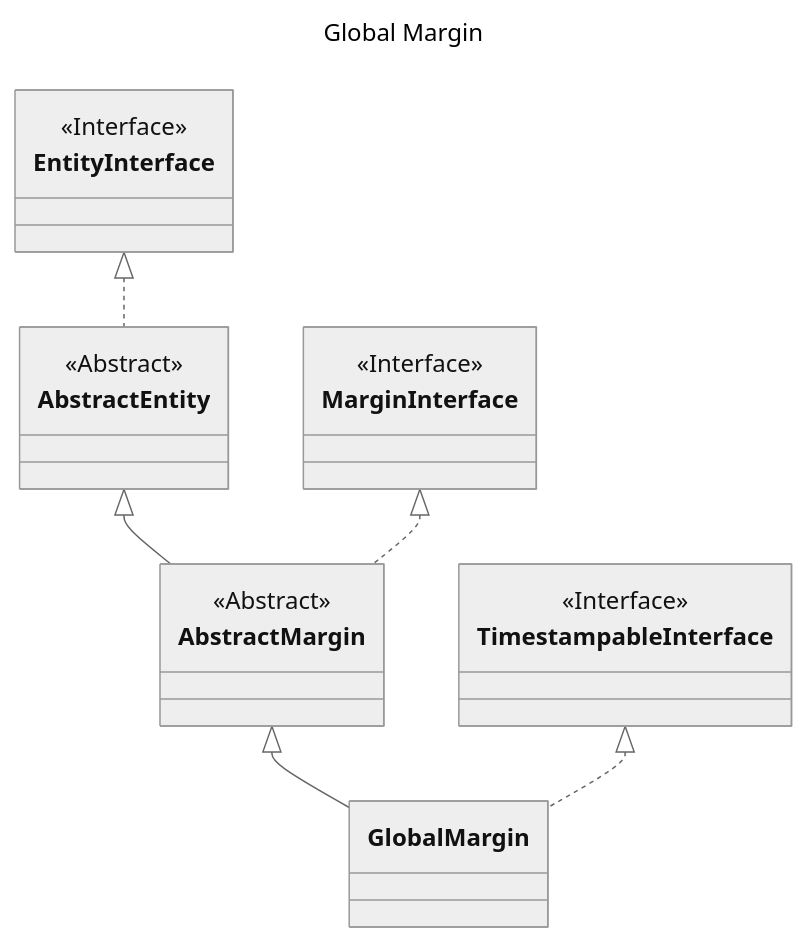
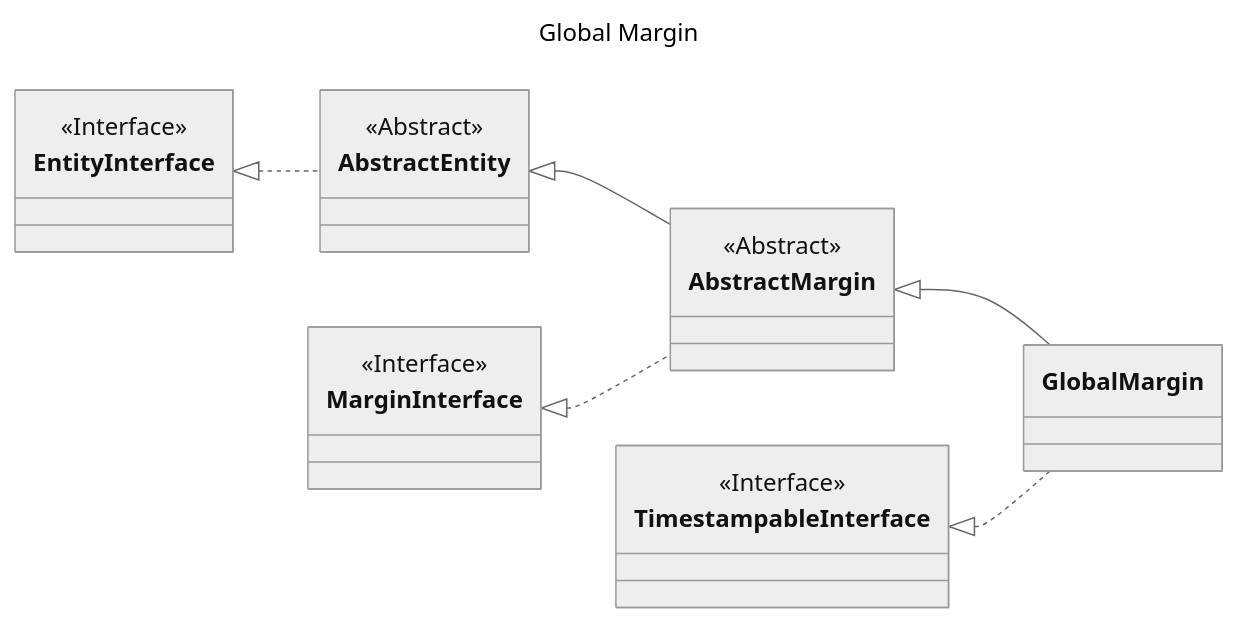
One commit to laurentmuller/calculation changed the diagram in resources/diagrams/global_margin.mmd. Above: the diagram before and after it, drawn with Mermaid (neutral theme). The commit also changed 12 other files, not shown here.

Commit message:
Added diagram query.

```diff
--- a/resources/diagrams/global_margin.mmd
+++ b/resources/diagrams/global_margin.mmd
@@ -1,45 +1,45 @@
 ---
 title: Global Margin
 ---
 classDiagram
-    direction TB
+    direction LR
 
     class GlobalMargin {
     }
 
     class AbstractMargin {
         <<Abstract>>
     }
 
     class AbstractEntity {
         <<Abstract>>
     }
 
     class MarginInterface {
         <<Interface>>
     }
 
     class TimestampableInterface {
         <<Interface>>
     }
 
     class AbstractEntity {
         <<Abstract>>
     }
 
     class EntityInterface {
         <<Interface>>
     }
 
     EntityInterface <|.. AbstractEntity
     AbstractEntity <|-- AbstractMargin
     AbstractMargin <|-- GlobalMargin
     MarginInterface <|.. AbstractMargin
     TimestampableInterface <|.. GlobalMargin
 
     click EntityInterface call nodeCallback()
     click AbstractEntity call nodeCallback()
     click AbstractMargin call nodeCallback()
     click AbstractEntity call nodeCallback()
     click MarginInterface call nodeCallback()
     click TimestampableInterface call nodeCallback()
```
